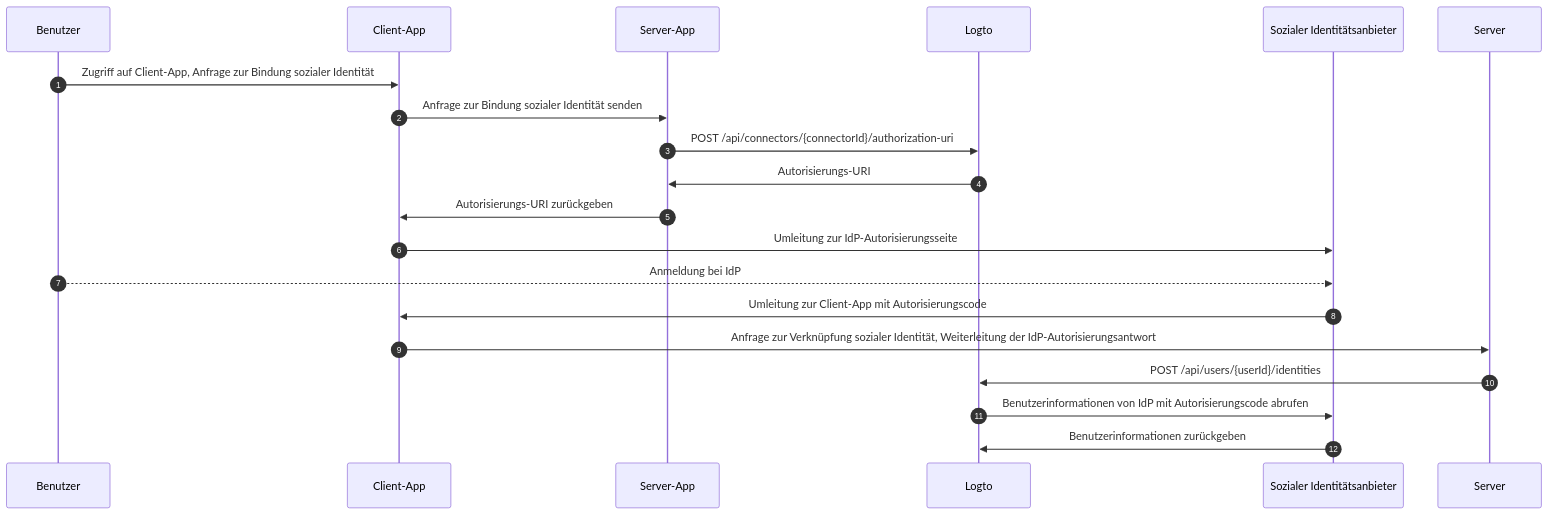
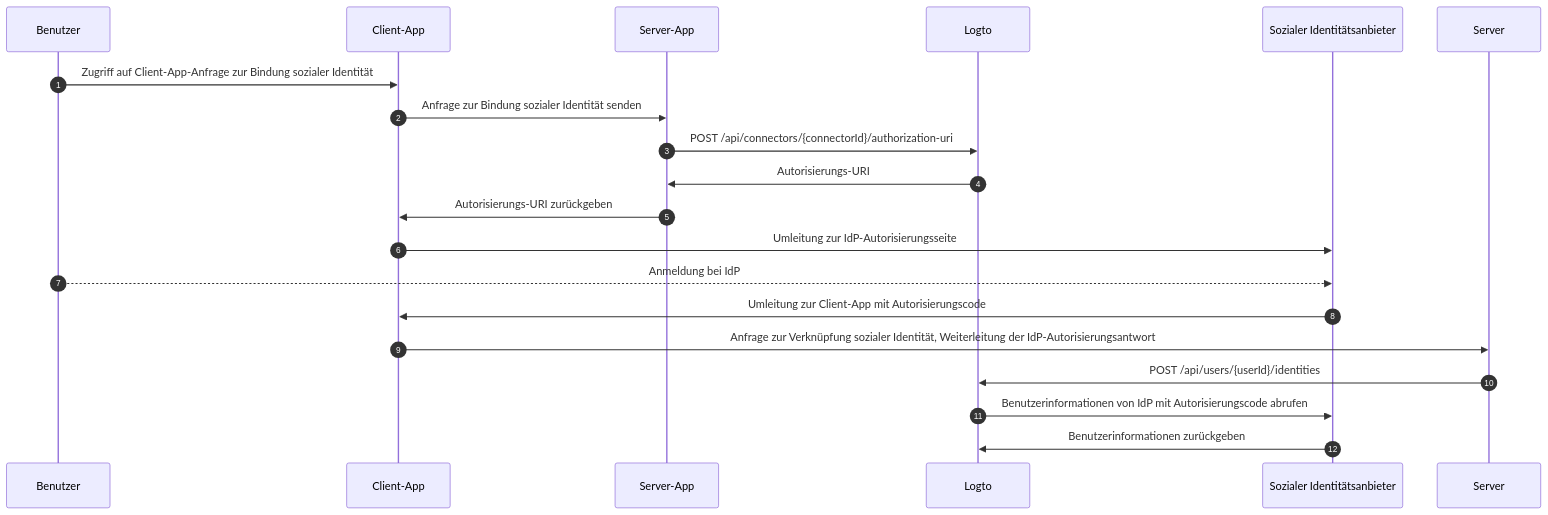
Before and after one commit to logto-io/docs: the third of 3 diagrams in i18n/de/docusaurus-plugin-content-docs/current/end-user-flows/account-settings/by-management-api.mdx, drawn with Mermaid. The commit also changed other lines of this file and 174 other files, not shown here.

````diff
--- a/i18n/de/docusaurus-plugin-content-docs/current/end-user-flows/account-settings/by-management-api.mdx
+++ b/i18n/de/docusaurus-plugin-content-docs/current/end-user-flows/account-settings/by-management-api.mdx
@@ -120,22 +120,22 @@
 ```mermaid
 sequenceDiagram
     autoNumber
     participant User as Benutzer
     participant Client as Client-App
     participant App as Server-App
     participant Logto as Logto
     participant IdP as Sozialer Identitätsanbieter
 
-    User ->> Client: Zugriff auf Client-App, Anfrage zur Bindung sozialer Identität
+    User ->> Client: Zugriff auf Client-App-Anfrage zur Bindung sozialer Identität
     Client ->> App: Anfrage zur Bindung sozialer Identität senden
     App ->> Logto: POST /api/connectors/{connectorId}/authorization-uri
     Logto ->> App: Autorisierungs-URI
     App ->> Client: Autorisierungs-URI zurückgeben
     Client ->> IdP: Umleitung zur IdP-Autorisierungsseite
     User -->> IdP: Anmeldung bei IdP
     IdP ->> Client: Umleitung zur Client-App mit Autorisierungscode
     Client ->> Server: Anfrage zur Verknüpfung sozialer Identität, Weiterleitung der IdP-Autorisierungsantwort
     Server ->> Logto: POST /api/users/{userId}/identities
     Logto ->> IdP: Benutzerinformationen von IdP mit Autorisierungscode abrufen
     IdP ->> Logto: Benutzerinformationen zurückgeben
 ```
````
